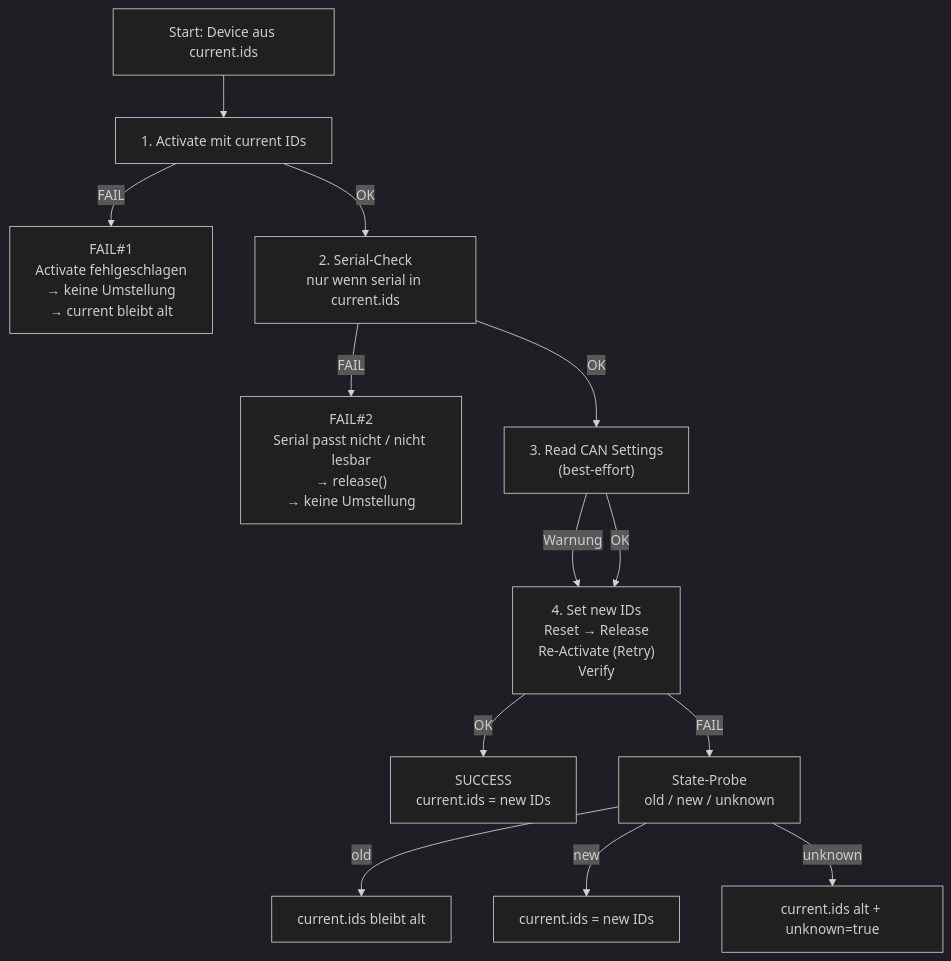
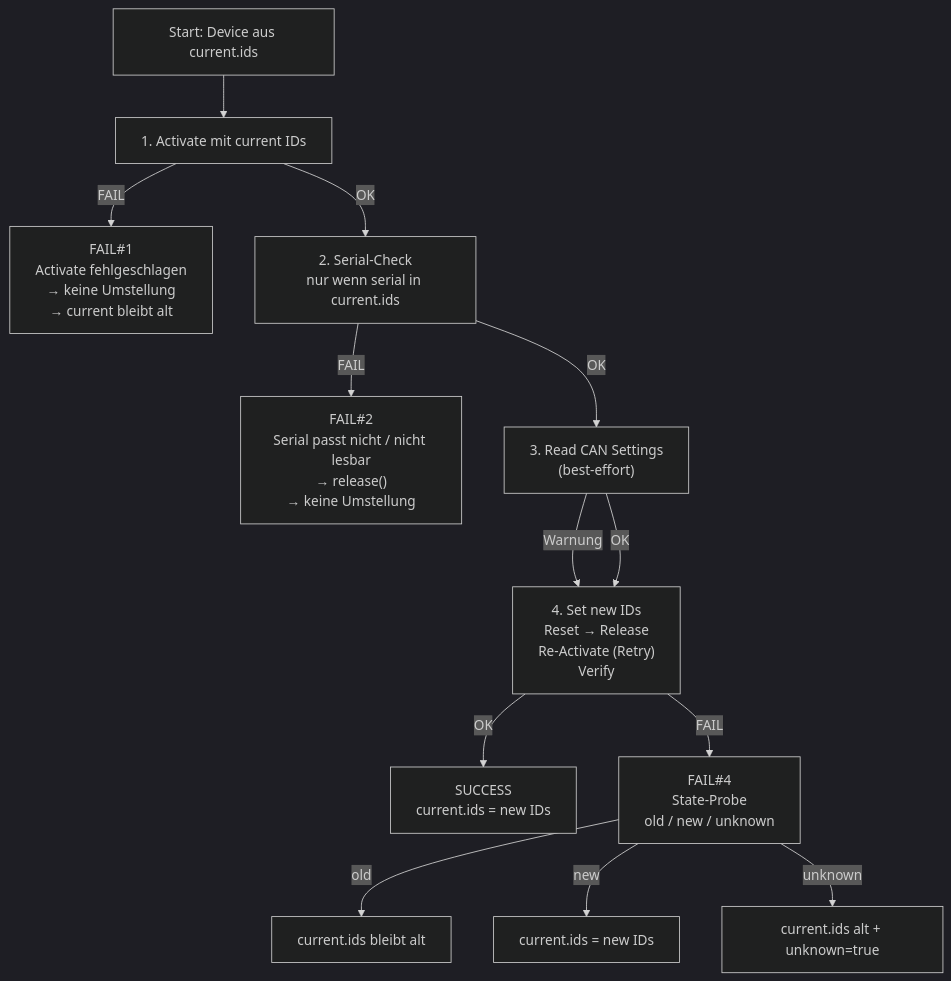
One commit to me-systeme/StartupCAN changed the first of 10 diagrams in README.md. Above: the diagram before and after it, drawn with Mermaid (dark theme). The commit also changed other lines of this file and 2 other files, not shown here.

````diff
--- a/README.md
+++ b/README.md
@@ -180,21 +180,21 @@
 ```mermaid
 flowchart TD
   A["Start: Device aus current.ids"] --> B["1. Activate mit current IDs"]
 
   B -->|FAIL| F1["FAIL#1<br/>Activate fehlgeschlagen<br/>→ keine Umstellung<br/>→ current bleibt alt"]
   B -->|OK| C["2. Serial-Check<br/>nur wenn serial in current.ids"]
 
   C -->|FAIL| F2["FAIL#2<br/>Serial passt nicht / nicht lesbar<br/>→ release()<br/>→ keine Umstellung"]
   C -->|OK| D["3. Read CAN Settings<br/>(best-effort)"]
 
   D -->|Warnung| E
   D -->|OK| E["4. Set new IDs<br/>Reset → Release<br/>Re-Activate (Retry)<br/>Verify"]
 
   E -->|OK| S["SUCCESS<br/>current.ids = new IDs"]
-  E -->|FAIL| P["State-Probe<br/>old / new / unknown"]
+  E -->|FAIL| P["FAIL#4<br/>State-Probe<br/>old / new / unknown"]
 
   P -->|old| O["current.ids bleibt alt"]
   P -->|new| N["current.ids = new IDs"]
   P -->|unknown| U["current.ids alt + unknown=true"]
 
 ``` 
````
